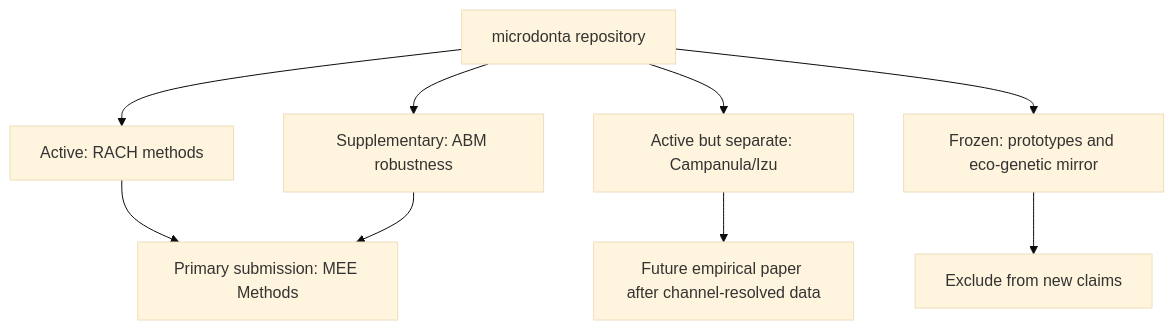
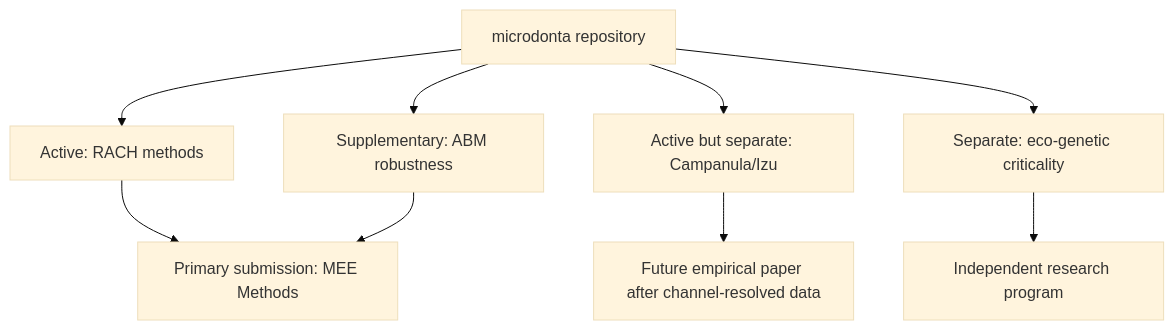
Before and after one commit to zuizui0223/microdonta: the first of 2 diagrams in docs/publication_claim_graph.md, drawn with Mermaid (base theme). The commit also changed other lines of this file and 106 other files, not shown here.

Commit message:
refactor: separate repository research programs

```diff
--- a/docs/publication_claim_graph.md
+++ b/docs/publication_claim_graph.md
@@ -10,11 +11,11 @@
 ~~~mermaid
 flowchart TD
     R["microdonta repository"] --> A["Active: RACH methods"]
     R --> B["Active but separate: Campanula/Izu"]
     R --> C["Supplementary: ABM robustness"]
-    R --> D["Frozen: prototypes and eco-genetic mirror"]
+    R --> D["Separate: eco-genetic criticality"]
     A --> M["Primary submission: MEE Methods"]
     B --> E["Future empirical paper after channel-resolved data"]
     C --> M
-    D --> X["Exclude from new claims"]
+    D --> X["Independent research program"]
 ~~~
```
